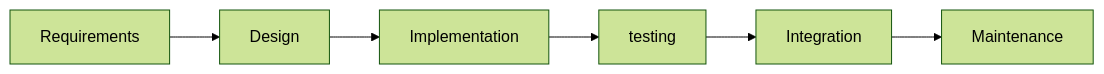
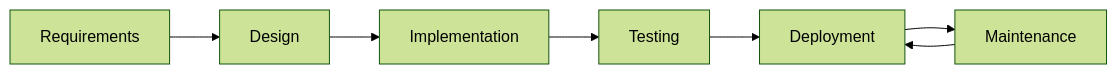
The diagram in REPORT.md (Joeccp/SBA), drawn with Mermaid (forest theme) before and after one commit. The commit also changed other lines of this file, not shown here.

```diff
--- a/REPORT.md
+++ b/REPORT.md
@@ -22,9 +23,9 @@
 <pre class="mermaid">
 flowchart LR
     Requirements -->
     Design -->
     Implementation -->
-    testing -->
-    Integration -->
-    Maintenance
+    Testing -->
+    dpm[Deployment] -->
+    mtn[Maintenance] --> dpm
 </pre>
```
